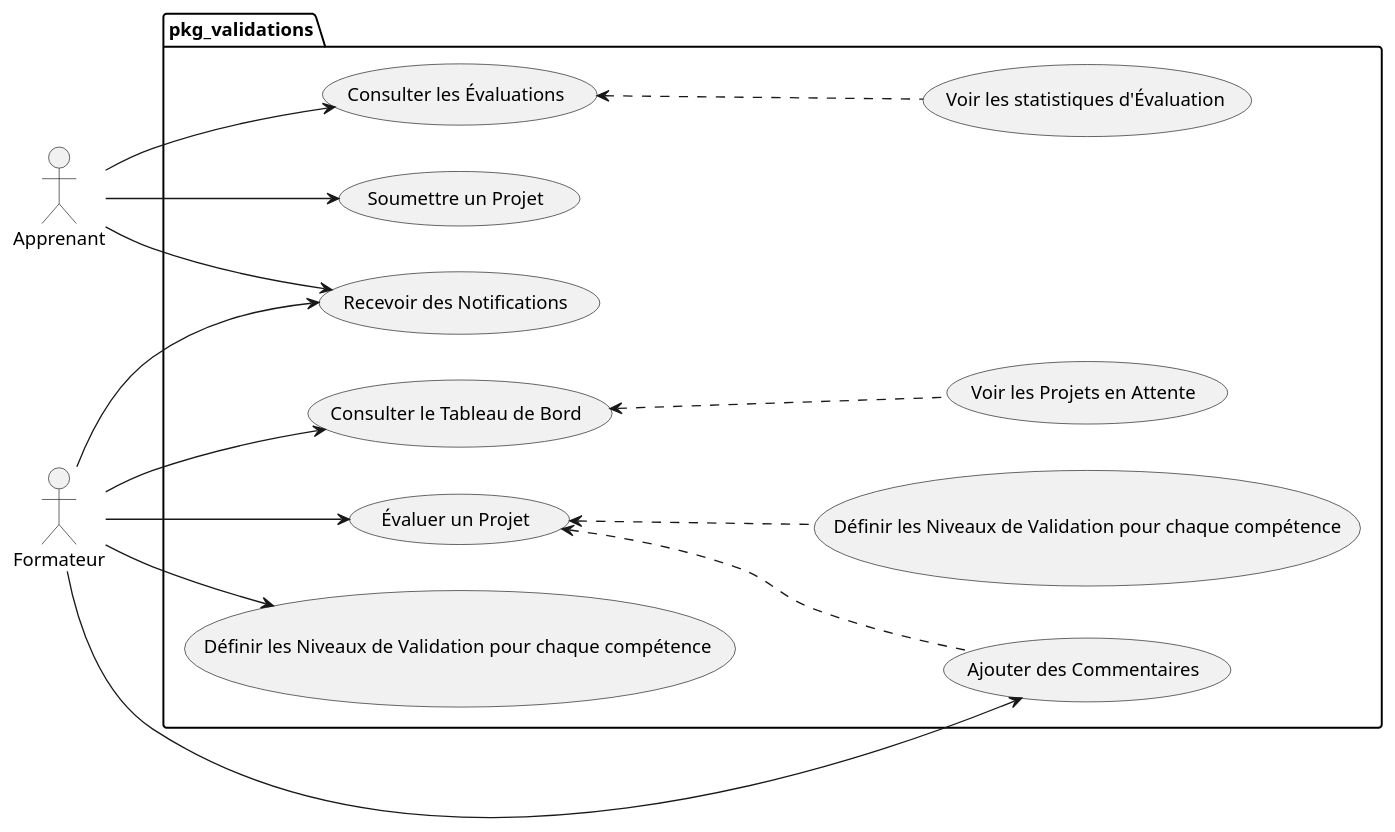
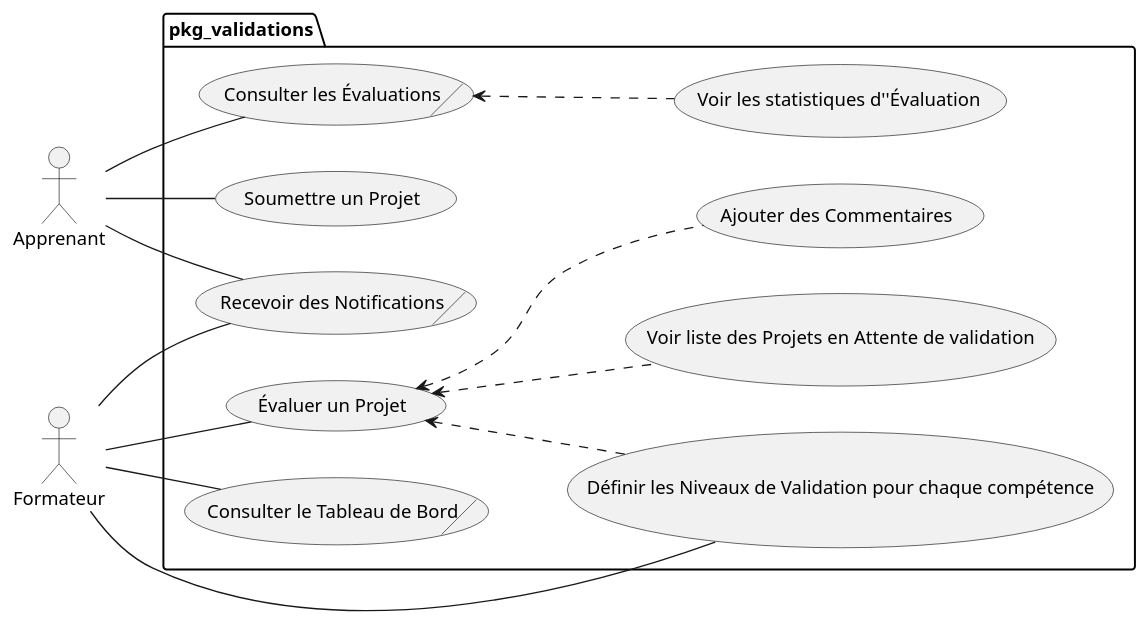
The diagram in modélisation/pkg_validations/uses_cases_pkg_validations.puml (solicoders/soli-lms), drawn with PlantUML before and after one commit. The commit also changed 1 other file, not shown here.

```diff
--- a/modélisation/pkg_validations/uses_cases_pkg_validations.puml
+++ b/modélisation/pkg_validations/uses_cases_pkg_validations.puml
@@ -1,26 +1,26 @@
 @startuml uses_cases_pkg_validations
 
 left to right direction
 actor Formateur
 actor Apprenant
 
+
 package pkg_validations {
 
-  Formateur --> (Évaluer un Projet)
-  Formateur --> (Ajouter des Commentaires)
-  Formateur --> (Définir les Niveaux de Validation pour chaque compétence )
-  Formateur --> (Consulter le Tableau de Bord)
-  Formateur --> (Recevoir des Notifications)
+  Formateur -- (Évaluer un Projet)
+  Formateur -- (Définir les Niveaux de Validation pour chaque compétence)
+  Formateur -- (Consulter le Tableau de Bord)/
+  Formateur -- (Recevoir des Notifications)/
 
-  Apprenant --> (Soumettre un Projet)
-  Apprenant --> (Consulter les Évaluations)
-  Apprenant --> (Recevoir des Notifications)
+  Apprenant -- (Soumettre un Projet)
+  Apprenant -- (Consulter les Évaluations)/
+  Apprenant -- (Recevoir des Notifications)/
 
   (Évaluer un Projet) <.. (Définir les Niveaux de Validation pour chaque compétence)
   (Évaluer un Projet) <.. (Ajouter des Commentaires)
-  (Consulter les Évaluations) <.. (Voir les statistiques d'Évaluation)
-  (Consulter le Tableau de Bord) <.. (Voir les Projets en Attente)
+  (Consulter les Évaluations) <.. (Voir les statistiques d''Évaluation)
+  (Évaluer un Projet)<.. (Voir liste des Projets en Attente de validation)
 
 }  
 
 @enduml
```
